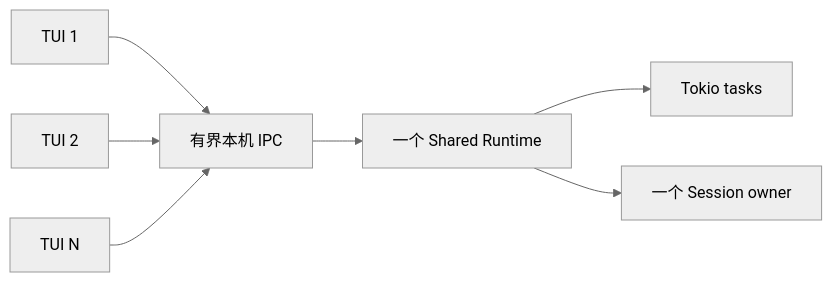
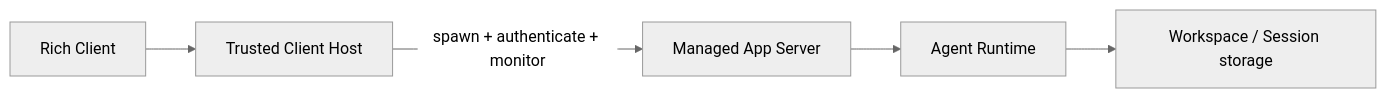
Before and after one commit to GCWing/BitFun: the fourth of 6 diagrams in docs/architecture/agent-runtime-deployment-design.md, drawn with Mermaid (neutral theme). The commit also changed other lines of this file and 13 other files, not shown here.

Commit message:
feat(doct): add app server design

````diff
--- a/docs/architecture/agent-runtime-deployment-design.md
+++ b/docs/architecture/agent-runtime-deployment-design.md
@@ -240,9 +151,7 @@
 ```mermaid
 flowchart LR
-  T1["TUI 1"] --> IPC["有界本机 IPC"]
-  T2["TUI 2"] --> IPC
-  TN["TUI N"] --> IPC
-  IPC --> Runtime["一个 Shared Runtime"]
-  Runtime --> Tasks["Tokio tasks"]
-  Runtime --> Owner["一个 Session owner"]
+  Client["Rich Client"] --> Host["Trusted Client Host"]
+  Host -->|"spawn + authenticate + monitor"| App["Managed App Server"]
+  App --> Runtime["Agent Runtime"]
+  Runtime --> Data["Workspace / Session storage"]
 ```
````
